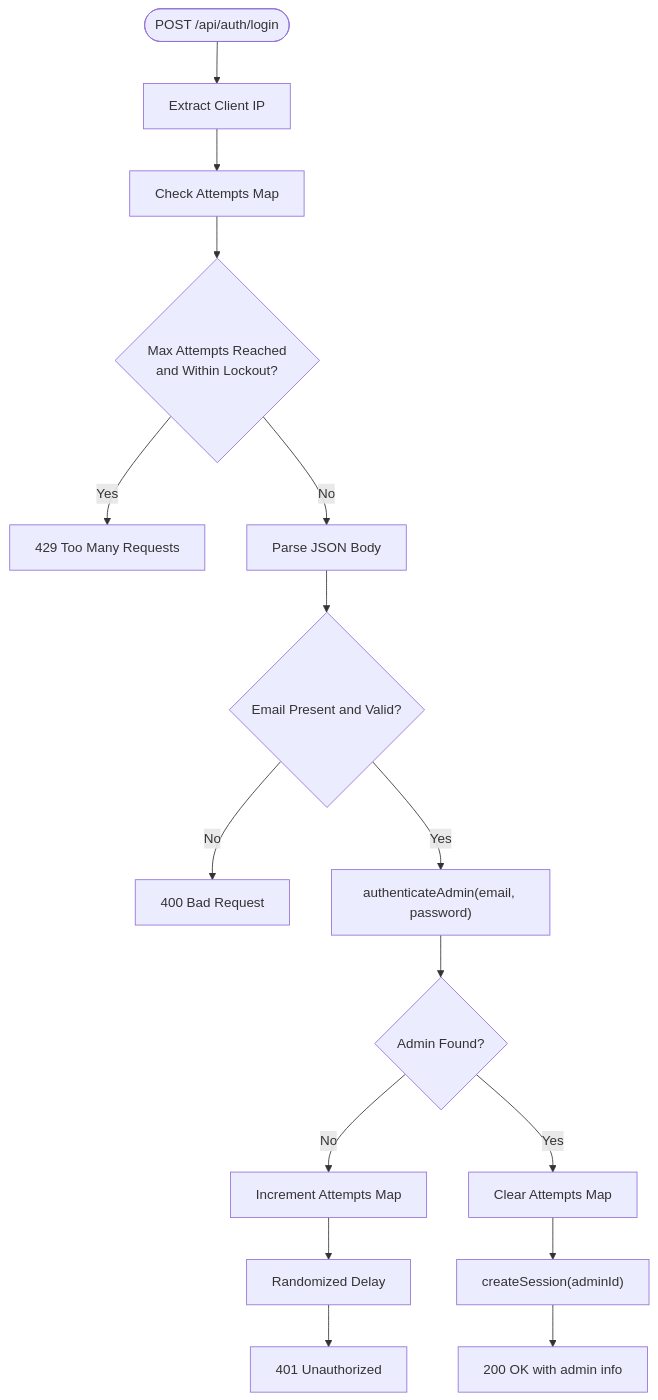
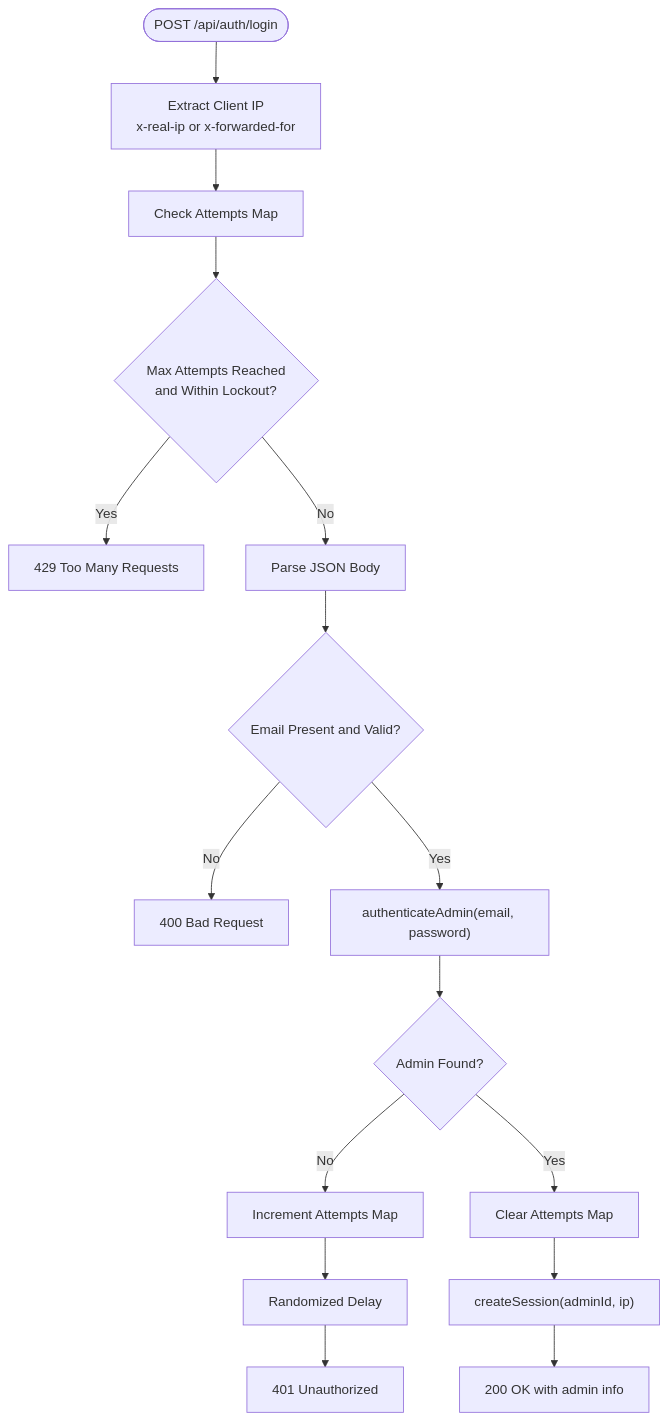
Before and after one commit to xLegarda/GreenAxis: the fifth of 7 diagrams in .qoder/repowiki/en/content/Security Implementation/Authentication System.md, drawn with Mermaid. The commit also changed other lines of this file and 42 other files, not shown here.

````diff
--- a/.qoder/repowiki/en/content/Security Implementation/Authentication System.md
+++ b/.qoder/repowiki/en/content/Security Implementation/Authentication System.md
@@ -283,14 +313,15 @@
 ```mermaid
 flowchart TD
-Enter(["POST /api/auth/login"]) --> GetIP["Extract Client IP"]
+Enter(["POST /api/auth/login"]) --> GetIP["Extract Client IP<br/>x-real-ip or x-forwarded-for"]
 GetIP --> CheckRate["Check Attempts Map"]
 CheckRate --> Locked{"Max Attempts Reached<br/>and Within Lockout?"}
 Locked --> |Yes| RespondLocked["429 Too Many Requests"]
 Locked --> |No| ParseBody["Parse JSON Body"]
 ParseBody --> ValidateEmail{"Email Present and Valid?"}
 ValidateEmail --> |No| RespondBadReq["400 Bad Request"]
 ValidateEmail --> |Yes| Authenticate["authenticateAdmin(email, password)"]
 Authenticate --> Found{"Admin Found?"}
 Found --> |No| Increment["Increment Attempts Map"] --> Delay["Randomized Delay"] --> RespondUnauthorized["401 Unauthorized"]
-Found --> |Yes| ClearAttempts["Clear Attempts Map"] --> CreateSession["createSession(adminId)"] --> RespondSuccess["200 OK with admin info"]
+Found --> |Yes| ClearAttempts["Clear Attempts Map"] --> CreateSession["createSession(adminId, ip)"]
+CreateSession --> RespondSuccess["200 OK with admin info"]
 ```
````
